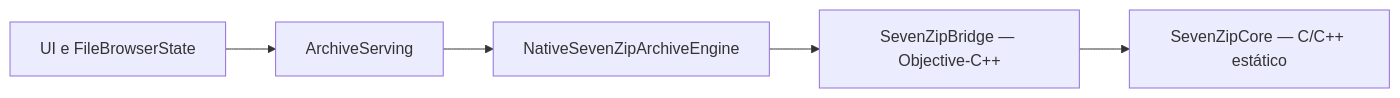
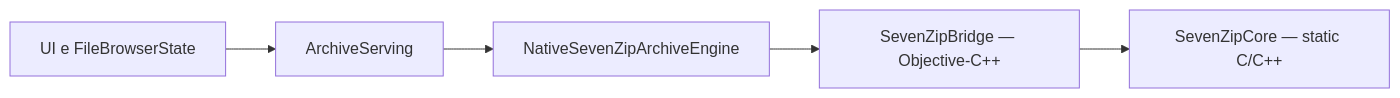
Before and after one commit to zforge-app/zforge: the diagram in Documentation/Requirements/SEVENZIP-STATIC-INTEGRATION-PLAN.md, drawn with Mermaid. The commit also changed other lines of this file and 138 other files, not shown here.

````diff
--- a/Documentation/Requirements/SEVENZIP-STATIC-INTEGRATION-PLAN.md
+++ b/Documentation/Requirements/SEVENZIP-STATIC-INTEGRATION-PLAN.md
@@ -9,7 +9,7 @@
 ```mermaid
 flowchart LR
     UI[UI e FileBrowserState] --> Contract[ArchiveServing]
     Contract --> Engine[NativeSevenZipArchiveEngine]
     Engine --> Bridge[SevenZipBridge — Objective-C++]
-    Bridge --> Core[SevenZipCore — C/C++ estático]
+    Bridge --> Core[SevenZipCore — static C/C++]
 ```
````
